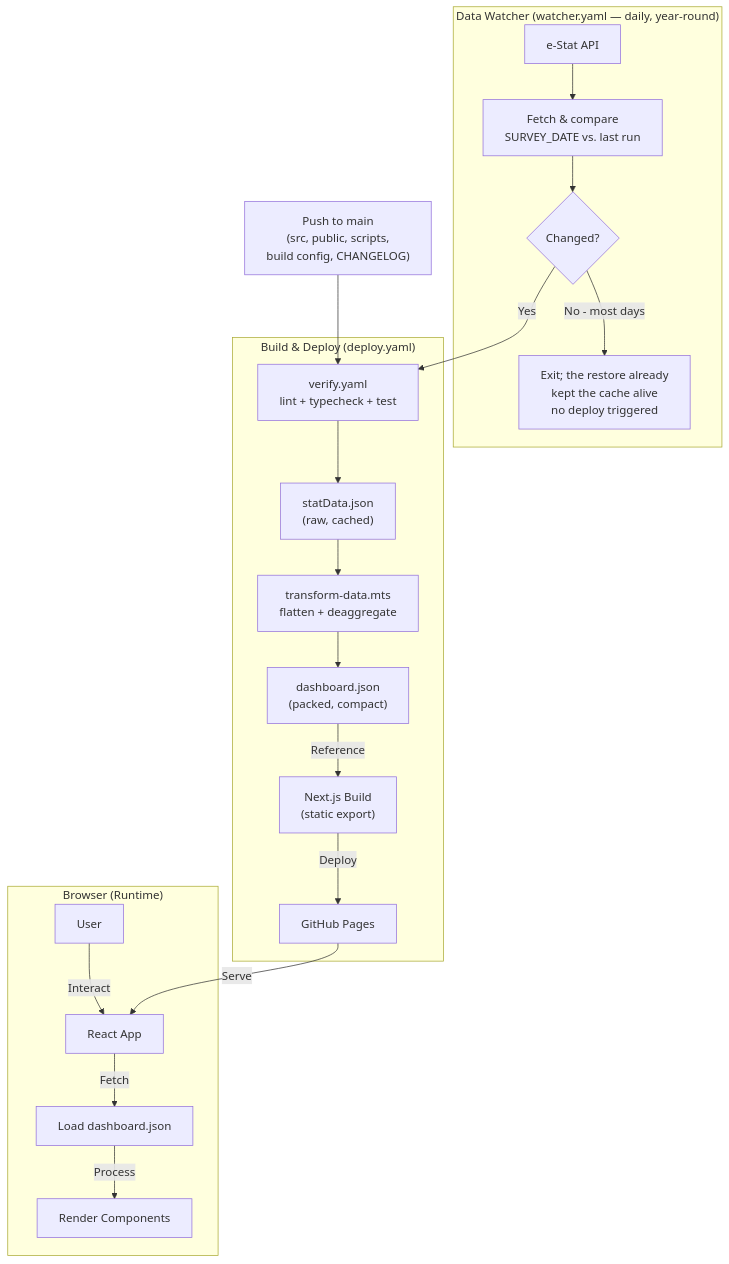
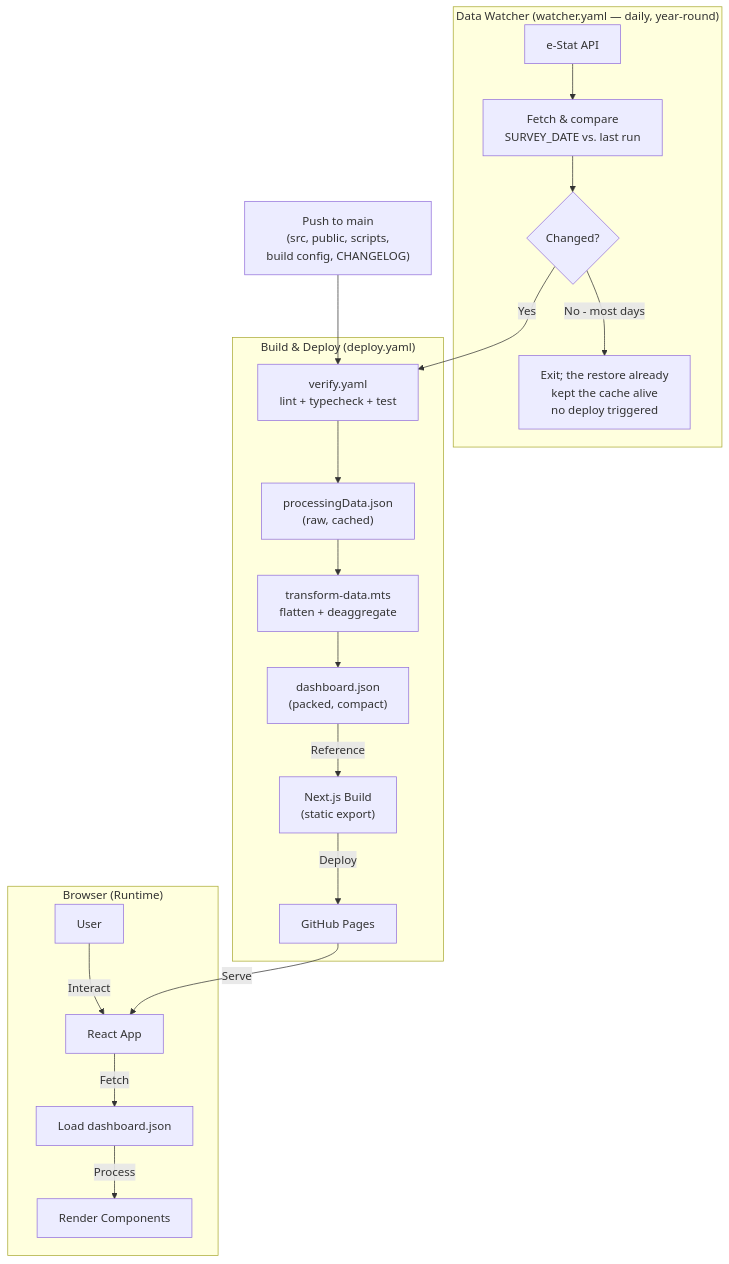
The first of 17 diagrams in ARCHITECTURE.md (RetroHazard/JP_Immigration_Dashboard), drawn with Mermaid before and after one commit. The commit also changed other lines of this file and 87 other files, not shown here.

First line of the commit message:
Add Foreign Residents dataset with growth, flow, and status analytics (#77)

````diff
--- a/ARCHITECTURE.md
+++ b/ARCHITECTURE.md
@@ -25,45 +25,45 @@
 ```mermaid
 graph TB
     subgraph "Data Watcher (watcher.yaml — daily, year-round)"
         ESTAT["e-Stat API"]
         FETCH["Fetch & compare<br/>SURVEY_DATE vs. last run"]
         CHANGED{"Changed?"}
         
         ESTAT --> FETCH
         FETCH --> CHANGED
         CHANGED -->|No - most days| NOOP["Exit; the restore already<br/>kept the cache alive<br/>no deploy triggered"]
     end
     
     PUSH["Push to main<br/>(src, public, scripts,<br/>build config, CHANGELOG)"]
     
     subgraph "Build & Deploy (deploy.yaml)"
         VERIFY["verify.yaml<br/>lint + typecheck + test"]
-        RAW["statData.json<br/>(raw, cached)"]
+        RAW["processingData.json<br/>(raw, cached)"]
         TRANSFORM["transform-data.mts<br/>flatten + deaggregate"]
         STATS["dashboard.json<br/>(packed, compact)"]
         BUILD["Next.js Build<br/>(static export)"]
         DEPLOY["GitHub Pages"]
         
         VERIFY --> RAW
         RAW --> TRANSFORM
         TRANSFORM --> STATS
         STATS -->|Reference| BUILD
         BUILD -->|Deploy| DEPLOY
     end
     
     CHANGED -->|Yes| VERIFY
     PUSH --> VERIFY
     
     subgraph "Browser (Runtime)"
         USER["User"]
         APP["React App"]
         LOAD["Load dashboard.json"]
         RENDER["Render Components"]
         
         USER -->|Interact| APP
         APP -->|Fetch| LOAD
         LOAD -->|Process| RENDER
     end
     
     DEPLOY -->|Serve| APP
 ```
````
